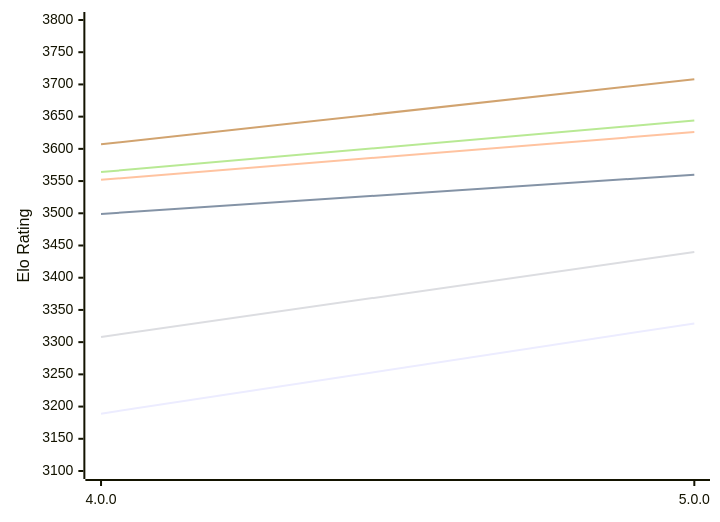
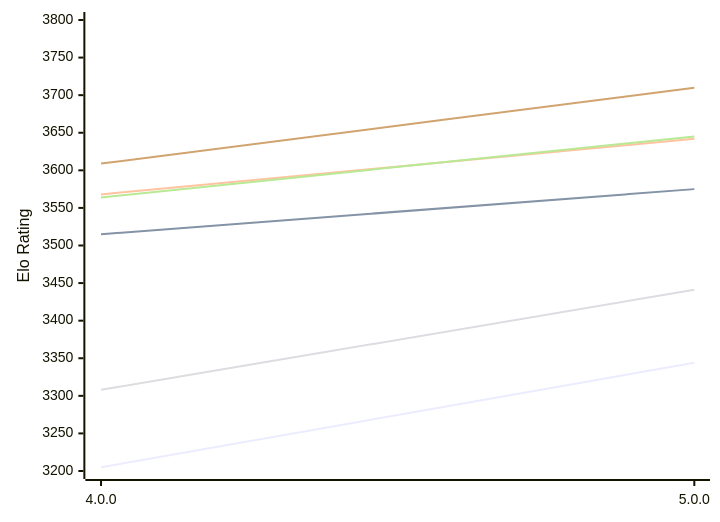
One commit to computer-chess-index/cci changed the first of 2 diagrams in engines/Avalanche.md. Above: the diagram before and after it, drawn with Mermaid. The commit also changed other lines of this file, not shown here.

Commit message:
Update CCI Ratings (ELO VLTC) - 2026-11-11

````diff
--- a/engines/Avalanche.md
+++ b/engines/Avalanche.md
@@ -50,12 +50,12 @@
 ```mermaid
 %%{init: {"theme":"base","themeVariables":{"seriesColors:['#a3a3a3','#222221','#faa371']}}}%%
 xychart-beta
   x-axis ["4.0.0", "5.0.0"]
-  y-axis "Elo Rating" 3100 --> 3800
-  line "E1: STC (8.0+0.08s)" [3189, 3329]
-  line "E1: LTC (60.0+0.60s)" [3499, 3560]
-  line "E1: VLTC (2m24s+1.12s)" [3552, 3626]
-  line "P1: STC (8.0+0.08s)" [3308, 3440]
-  line "P1: LTC (60.0+0.60s)" [3564, 3644]
-  line "P1: VLTC (2m24s+1.12s)" [3607, 3708]
+  y-axis "Elo Rating" 3200 --> 3800
+  line "E1: STC (8.0+0.08s)" [3205, 3344]
+  line "E1: LTC (60.0+0.60s)" [3515, 3575]
+  line "E1: VLTC (2m24s+1.12s)" [3568, 3642]
+  line "P1: STC (8.0+0.08s)" [3308, 3441]
+  line "P1: LTC (60.0+0.60s)" [3564, 3645]
+  line "P1: VLTC (2m24s+1.12s)" [3609, 3710]
 ```
````
